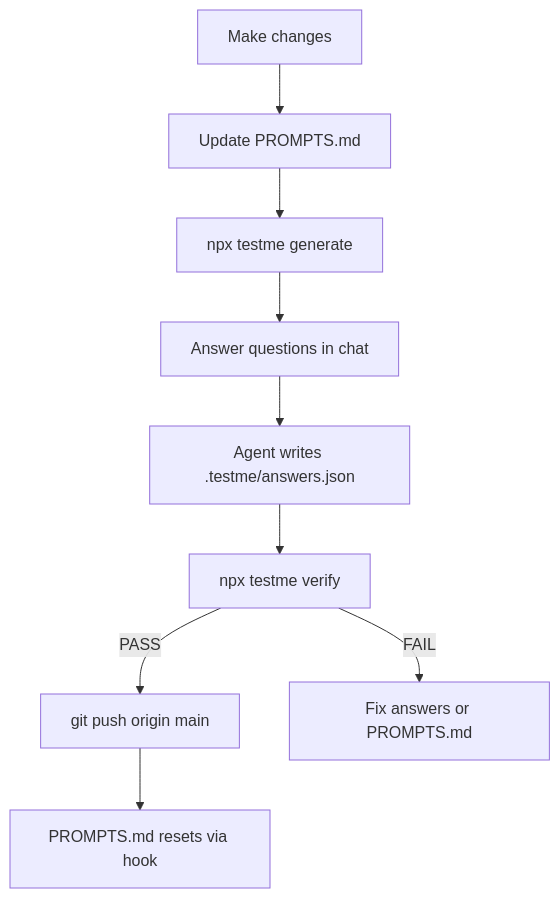
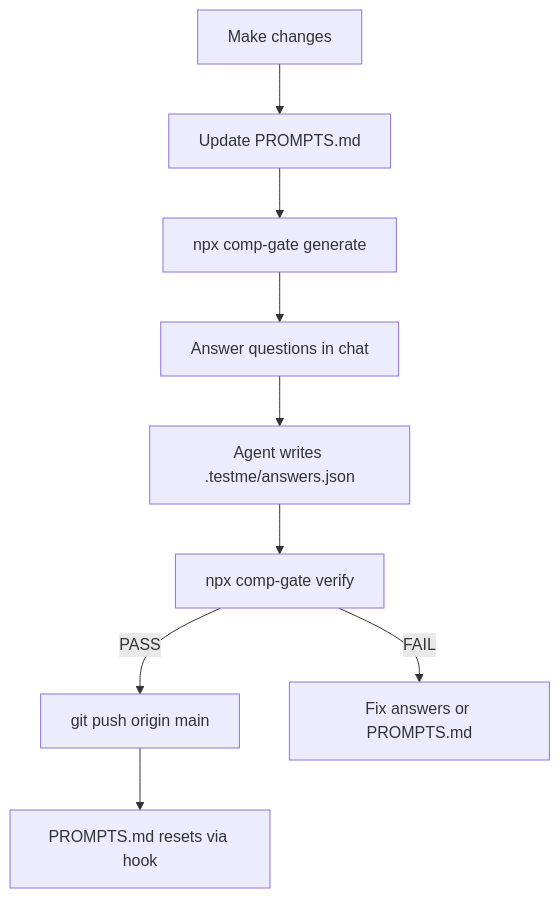
One commit to ROrmand/testme changed the diagram in README.md. Above: the diagram before and after it, drawn with Mermaid. The commit also changed other lines of this file and 51 other files, not shown here.

````diff
--- a/README.md
+++ b/README.md
@@ -51,11 +114,11 @@
 ```mermaid
 flowchart TD
     work[Make changes] --> prompts[Update PROMPTS.md]
-    prompts --> gen[npx testme generate]
+    prompts --> gen[npx comp-gate generate]
     gen --> answer[Answer questions in chat]
     answer --> write[Agent writes .testme/answers.json]
-    write --> verify[npx testme verify]
+    write --> verify[npx comp-gate verify]
     verify -->|PASS| push[git push origin main]
     verify -->|FAIL| fix[Fix answers or PROMPTS.md]
     push --> reset[PROMPTS.md resets via hook]
 ```
````
